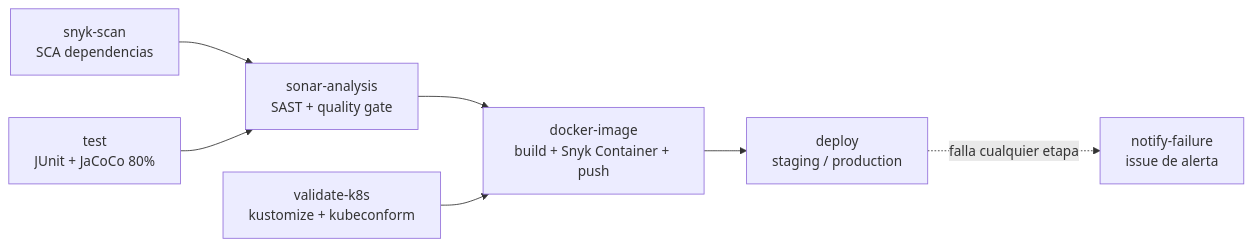
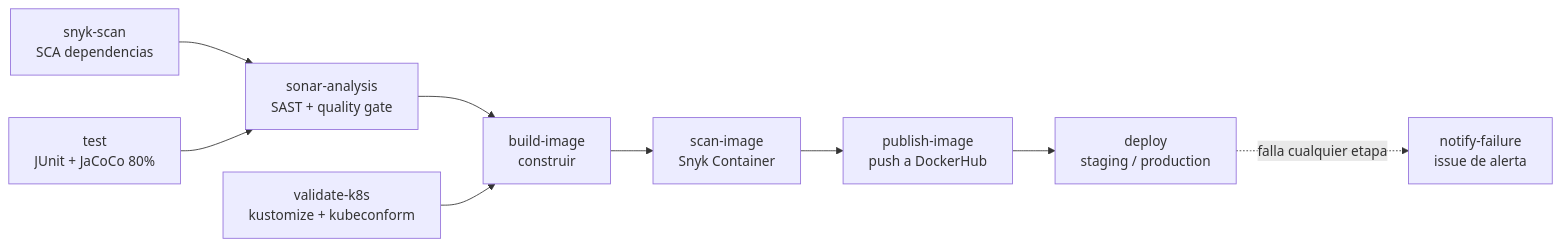
One commit to Electro-Kerubin/devops-ev1 changed the diagram in README.md. Above: the diagram before and after it, drawn with Mermaid. The commit also changed other lines of this file and 1 other file, not shown here.

Commit message:
refactor: separar construir, escanear y publicar imagen en jobs consecutivos

````diff
--- a/README.md
+++ b/README.md
@@ -83,9 +83,11 @@
 ```mermaid
 flowchart LR
     A[snyk-scan<br/>SCA dependencias] --> C
     B[test<br/>JUnit + JaCoCo 80%] --> C[sonar-analysis<br/>SAST + quality gate]
-    C --> E[docker-image<br/>build + Snyk Container + push]
+    C --> E[build-image<br/>construir]
     D[validate-k8s<br/>kustomize + kubeconform] --> E
-    E --> F[deploy<br/>staging / production]
+    E --> S[scan-image<br/>Snyk Container]
+    S --> P[publish-image<br/>push a DockerHub]
+    P --> F[deploy<br/>staging / production]
     F -. falla cualquier etapa .-> G[notify-failure<br/>issue de alerta]
 ```
````
